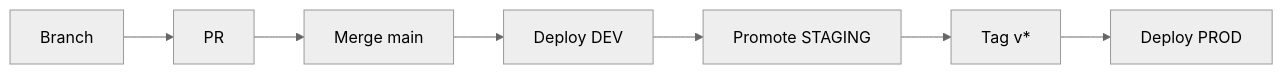
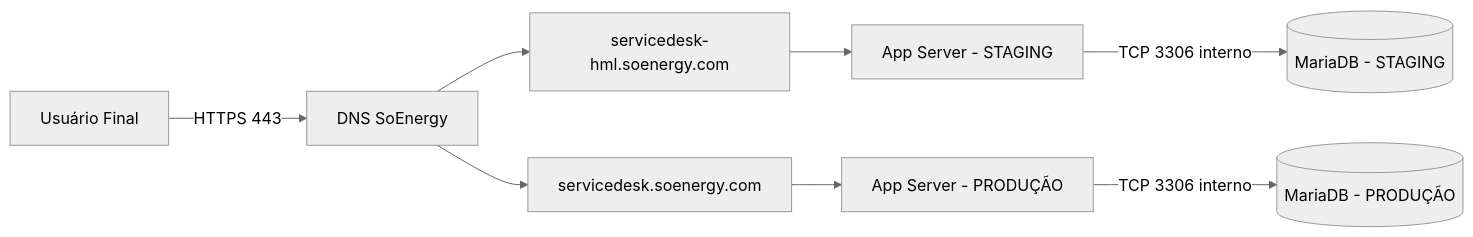
Before and after one commit to renatovaladares85/glpi-operations-kit: the second of 2 diagrams in README.md, drawn with Mermaid (neutral theme). The commit also changed other lines of this file, not shown here.

````diff
--- a/README.md
+++ b/README.md
@@ -145,9 +73,13 @@
 ```mermaid
 flowchart LR
-    A[Branch] --> B[PR]
-    B --> C[Merge main]
-    C --> D[Deploy DEV]
-    D --> E[Promote STAGING]
-    E --> F[Tag v*]
-    F --> G[Deploy PROD]
+    Cliente[Usuário Final] -->|HTTPS 443| DNS[DNS SoEnergy]
+
+    DNS --> HML[servicedesk-hml.soenergy.com]
+    DNS --> PRD[servicedesk.soenergy.com]
+
+    HML --> STG_APP[App Server - STAGING]
+    PRD --> PRD_APP[App Server - PRODUÇÃO]
+
+    STG_APP -->|TCP 3306 interno| STG_DB[(MariaDB - STAGING)]
+    PRD_APP -->|TCP 3306 interno| PRD_DB[(MariaDB - PRODUÇÃO)]
 ```
````
